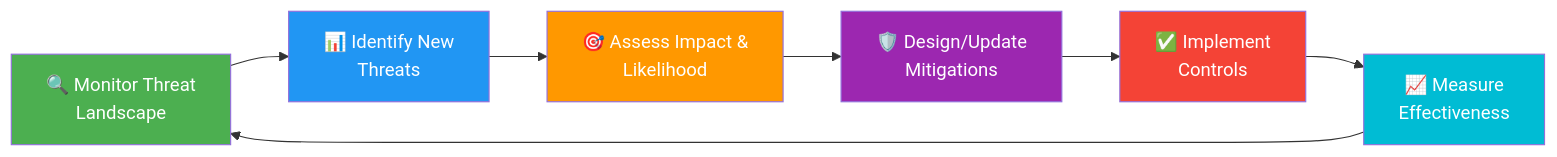
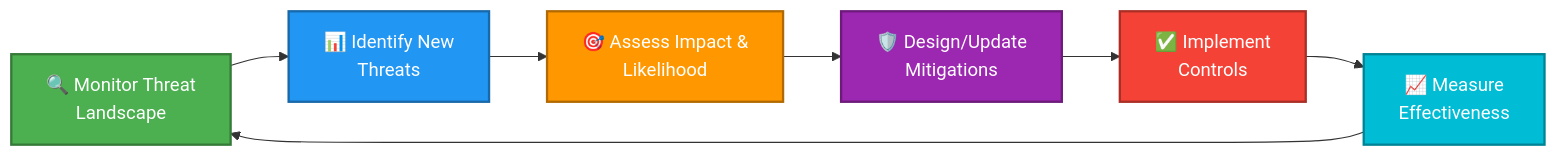
Before and after one commit to Hack23/European-Parliament-MCP-Server: diagram 12 of 21 in THREAT_MODEL.md, drawn with Mermaid. The commit also changed other lines of this file and 17 other files, not shown here.

````diff
--- a/THREAT_MODEL.md
+++ b/THREAT_MODEL.md
@@ -1139,22 +1201,28 @@
 ```mermaid
 graph LR
     A[🔍 Monitor Threat<br/>Landscape] --> B[📊 Identify New<br/>Threats]
     B --> C[🎯 Assess Impact &<br/>Likelihood]
     C --> D[🛡️ Design/Update<br/>Mitigations]
     D --> E[✅ Implement<br/>Controls]
     E --> F[📈 Measure<br/>Effectiveness]
     F --> A
     
-    style A fill:#4CAF50,color:#ffffff
+    style A fill:#4CAF50,stroke:#357a38,stroke-width:2px,color:#ffffff
 
-    style B fill:#2196F3,color:#ffffff
 
-    style C fill:#FF9800,color:#ffffff
+    style B fill:#2196F3,stroke:#1769aa,stroke-width:2px,color:#ffffff
 
-    style D fill:#9C27B0,color:#ffffff
 
-    style E fill:#F44336,color:#ffffff
+    style C fill:#FF9800,stroke:#b26a00,stroke-width:2px,color:#ffffff
 
-    style F fill:#00BCD4,color:#ffffff
+
+    style D fill:#9C27B0,stroke:#6d1b7b,stroke-width:2px,color:#ffffff
+
+
+    style E fill:#F44336,stroke:#aa2e25,stroke-width:2px,color:#ffffff
+
+
+    style F fill:#00BCD4,stroke:#008394,stroke-width:2px,color:#ffffff
+
 
 ```
````
